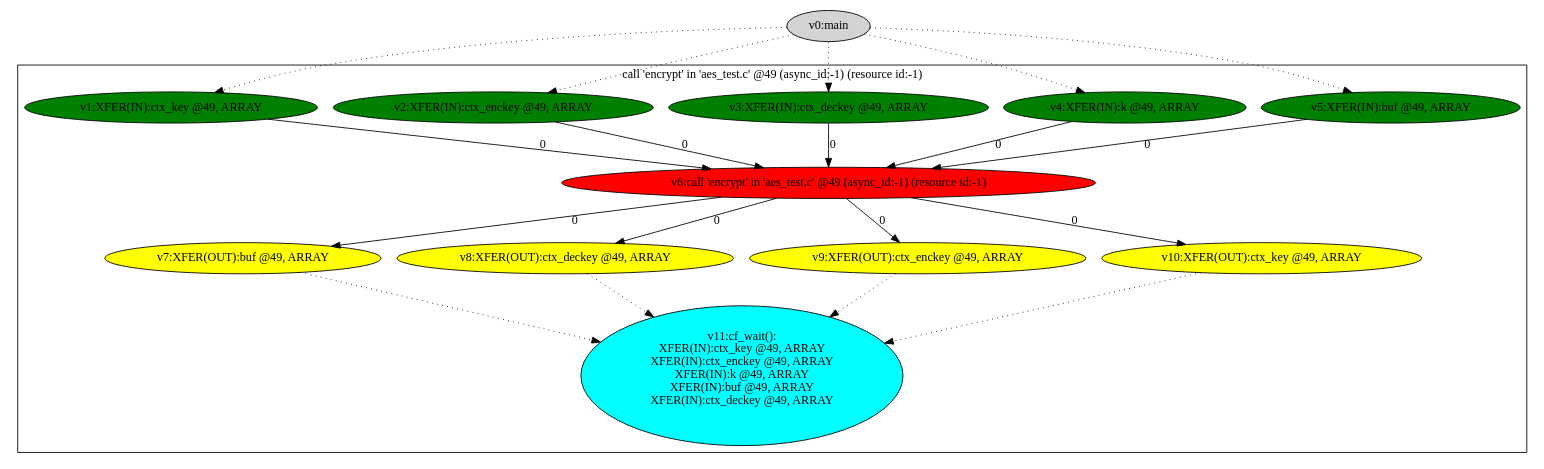
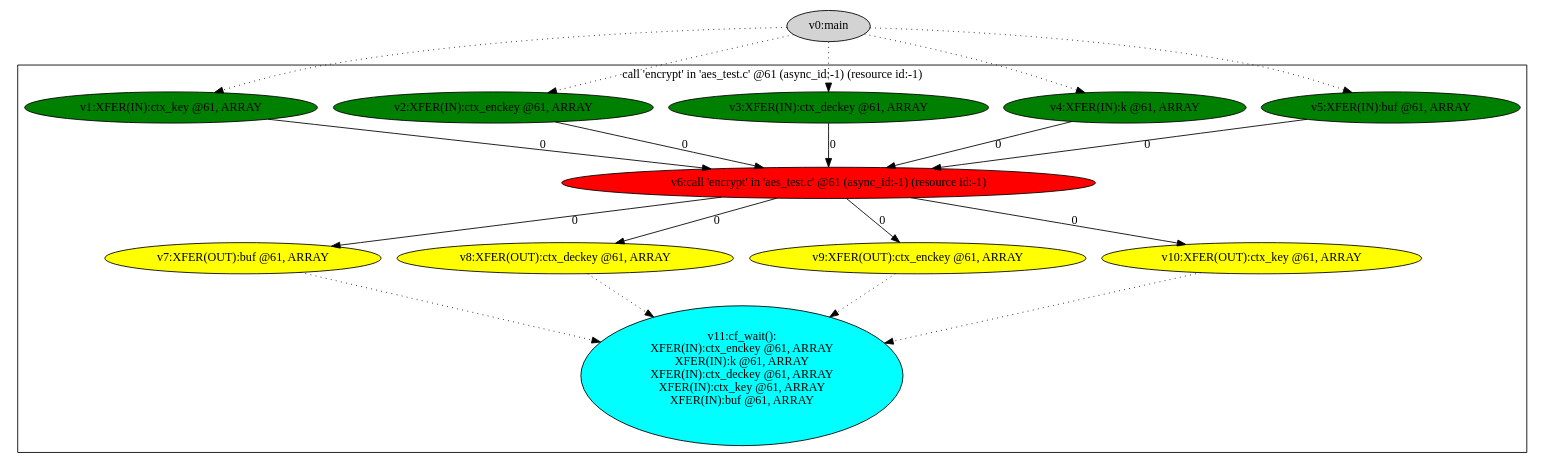
The diagram in Prebuilt/Synth/_sds/.llvm/_p0_dtg.dot (HansGiesen/hls_tuner), drawn with Graphviz before and after one commit. The commit also changed 2923 other files, not shown here.

```diff
--- a/Prebuilt/Synth/_sds/.llvm/_p0_dtg.dot
+++ b/Prebuilt/Synth/_sds/.llvm/_p0_dtg.dot
@@ -1,46 +1,46 @@
 digraph dm_graph {
 v0 [label = "v0:main" ,style=filled];
-v1 [label = "v1:XFER(IN):ctx_key @49, ARRAY\n" ,style=filled,fillcolor = green];
-v2 [label = "v2:XFER(IN):ctx_enckey @49, ARRAY\n" ,style=filled,fillcolor = green];
-v3 [label = "v3:XFER(IN):ctx_deckey @49, ARRAY\n" ,style=filled,fillcolor = green];
-v4 [label = "v4:XFER(IN):k @49, ARRAY\n" ,style=filled,fillcolor = green];
-v5 [label = "v5:XFER(IN):buf @49, ARRAY\n" ,style=filled,fillcolor = green];
-v6 [label = "v6:call 'encrypt' in 'aes_test.c' @49 (async_id:-1) (resource id:-1)\n" ,style=filled,fillcolor = red];
-v7 [label = "v7:XFER(OUT):buf @49, ARRAY\n" ,style=filled,fillcolor = yellow];
-v8 [label = "v8:XFER(OUT):ctx_deckey @49, ARRAY\n" ,style=filled,fillcolor = yellow];
-v9 [label = "v9:XFER(OUT):ctx_enckey @49, ARRAY\n" ,style=filled,fillcolor = yellow];
-v10 [label = "v10:XFER(OUT):ctx_key @49, ARRAY\n" ,style=filled,fillcolor = yellow];
-v11 [label = "v11:cf_wait(): \nXFER(IN):ctx_key @49, ARRAY\nXFER(IN):ctx_enckey @49, ARRAY\nXFER(IN):k @49, ARRAY\nXFER(IN):buf @49, ARRAY\nXFER(IN):ctx_deckey @49, ARRAY\n\n" ,style=filled,fillcolor = cyan];
+v1 [label = "v1:XFER(IN):ctx_key @61, ARRAY\n" ,style=filled,fillcolor = green];
+v2 [label = "v2:XFER(IN):ctx_enckey @61, ARRAY\n" ,style=filled,fillcolor = green];
+v3 [label = "v3:XFER(IN):ctx_deckey @61, ARRAY\n" ,style=filled,fillcolor = green];
+v4 [label = "v4:XFER(IN):k @61, ARRAY\n" ,style=filled,fillcolor = green];
+v5 [label = "v5:XFER(IN):buf @61, ARRAY\n" ,style=filled,fillcolor = green];
+v6 [label = "v6:call 'encrypt' in 'aes_test.c' @61 (async_id:-1) (resource id:-1)\n" ,style=filled,fillcolor = red];
+v7 [label = "v7:XFER(OUT):buf @61, ARRAY\n" ,style=filled,fillcolor = yellow];
+v8 [label = "v8:XFER(OUT):ctx_deckey @61, ARRAY\n" ,style=filled,fillcolor = yellow];
+v9 [label = "v9:XFER(OUT):ctx_enckey @61, ARRAY\n" ,style=filled,fillcolor = yellow];
+v10 [label = "v10:XFER(OUT):ctx_key @61, ARRAY\n" ,style=filled,fillcolor = yellow];
+v11 [label = "v11:cf_wait(): \nXFER(IN):ctx_enckey @61, ARRAY\nXFER(IN):k @61, ARRAY\nXFER(IN):ctx_deckey @61, ARRAY\nXFER(IN):ctx_key @61, ARRAY\nXFER(IN):buf @61, ARRAY\n\n" ,style=filled,fillcolor = cyan];
 subgraph cluster0 {
 v1;
 v2;
 v3;
 v4;
 v5;
 v6;
 v7;
 v8;
 v9;
 v10;
 v11;
-label = "call 'encrypt' in 'aes_test.c' @49 (async_id:-1) (resource id:-1)\n";
+label = "call 'encrypt' in 'aes_test.c' @61 (async_id:-1) (resource id:-1)\n";
 }
 v1 -> v6 [label = "0"];
 v2 -> v6 [label = "0"];
 v3 -> v6 [label = "0"];
 v4 -> v6 [label = "0"];
 v5 -> v6 [label = "0"];
 v6 -> v7 [label = "0"];
 v6 -> v8 [label = "0"];
 v6 -> v9 [label = "0"];
 v6 -> v10 [label = "0"];
 v7 -> v11 [label = "", style = dotted];
 v8 -> v11 [label = "", style = dotted];
 v9 -> v11 [label = "", style = dotted];
 v10 -> v11 [label = "", style = dotted];
 v0 -> v1 [label = "", style = dotted];
 v0 -> v2 [label = "", style = dotted];
 v0 -> v3 [label = "", style = dotted];
 v0 -> v4 [label = "", style = dotted];
 v0 -> v5 [label = "", style = dotted];
 }
```
